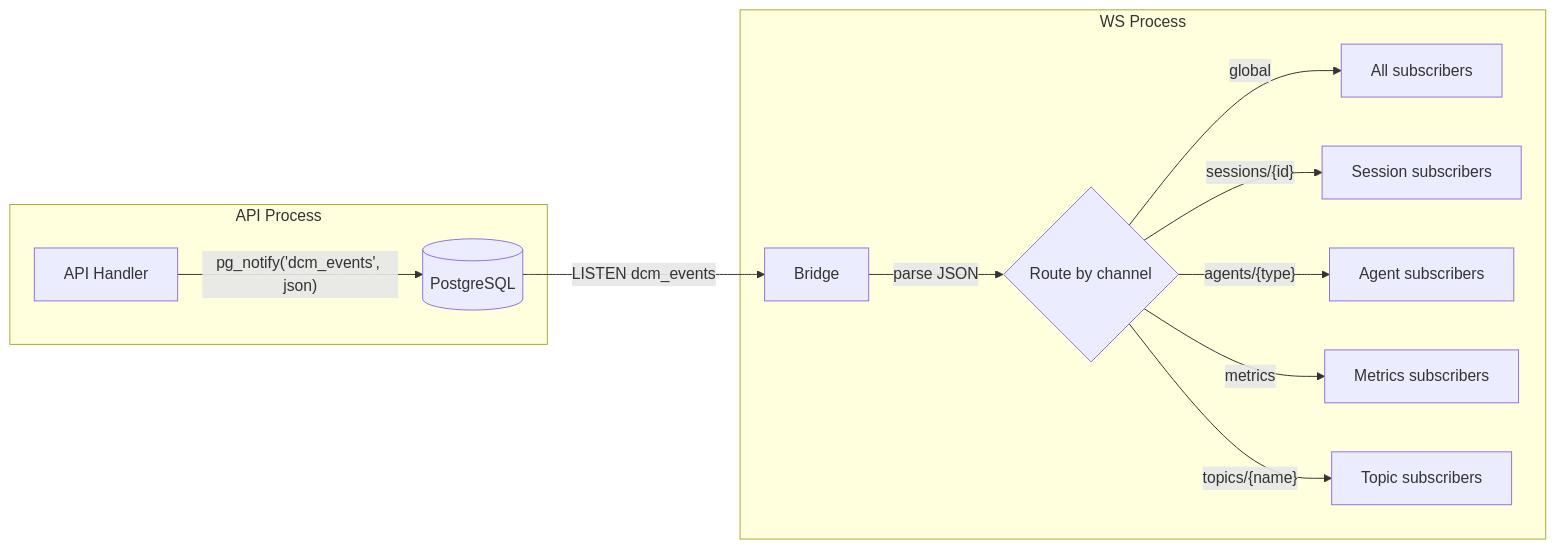
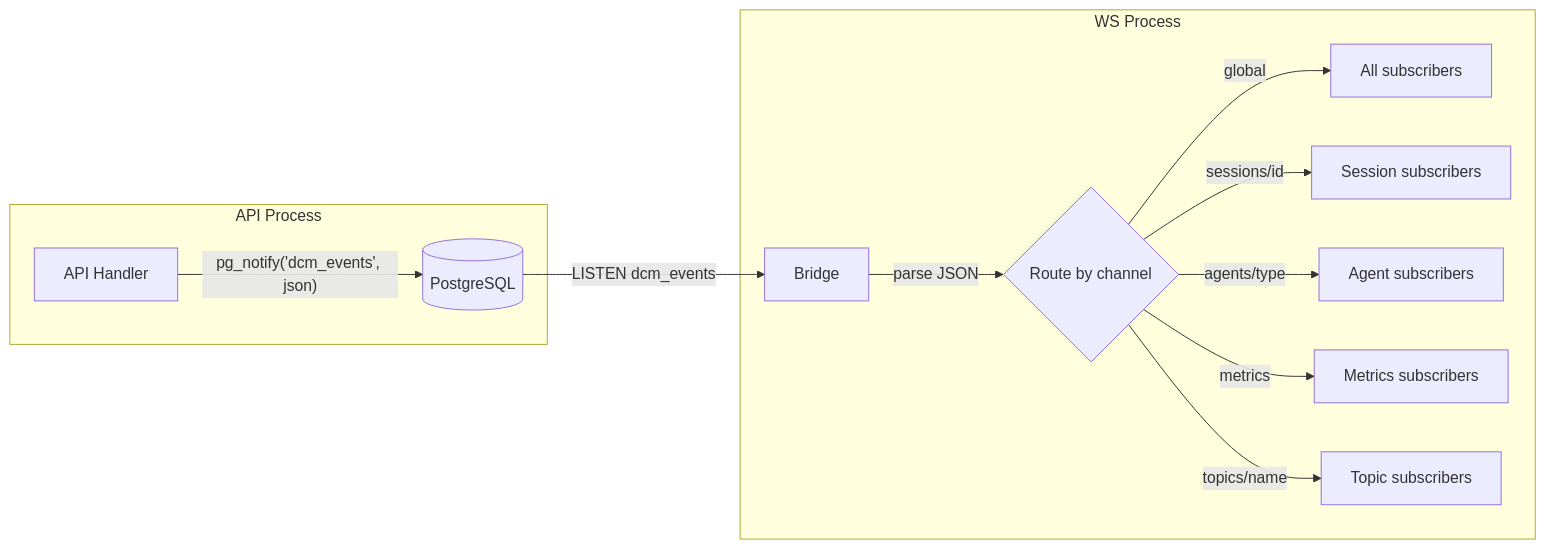
Before and after one commit to ronylicha/Claude-DCM: the eighth of 9 diagrams in docs/ARCHITECTURE.md, drawn with Mermaid. The commit also changed other lines of this file and 11 other files, not shown here.

````diff
--- a/docs/ARCHITECTURE.md
+++ b/docs/ARCHITECTURE.md
@@ -267,16 +701,16 @@
 ```mermaid
 flowchart LR
     subgraph API Process
         A[API Handler] -->|"pg_notify('dcm_events', json)"| PG[(PostgreSQL)]
     end
 
     subgraph WS Process
         PG -->|"LISTEN dcm_events"| B[Bridge]
         B -->|parse JSON| C{Route by channel}
         C -->|global| D[All subscribers]
-        C -->|"sessions/{id}"| E[Session subscribers]
-        C -->|"agents/{type}"| F[Agent subscribers]
+        C -->|"sessions/id"| E[Session subscribers]
+        C -->|"agents/type"| F[Agent subscribers]
         C -->|metrics| G[Metrics subscribers]
-        C -->|"topics/{name}"| H[Topic subscribers]
+        C -->|"topics/name"| H[Topic subscribers]
     end
 ```
````
